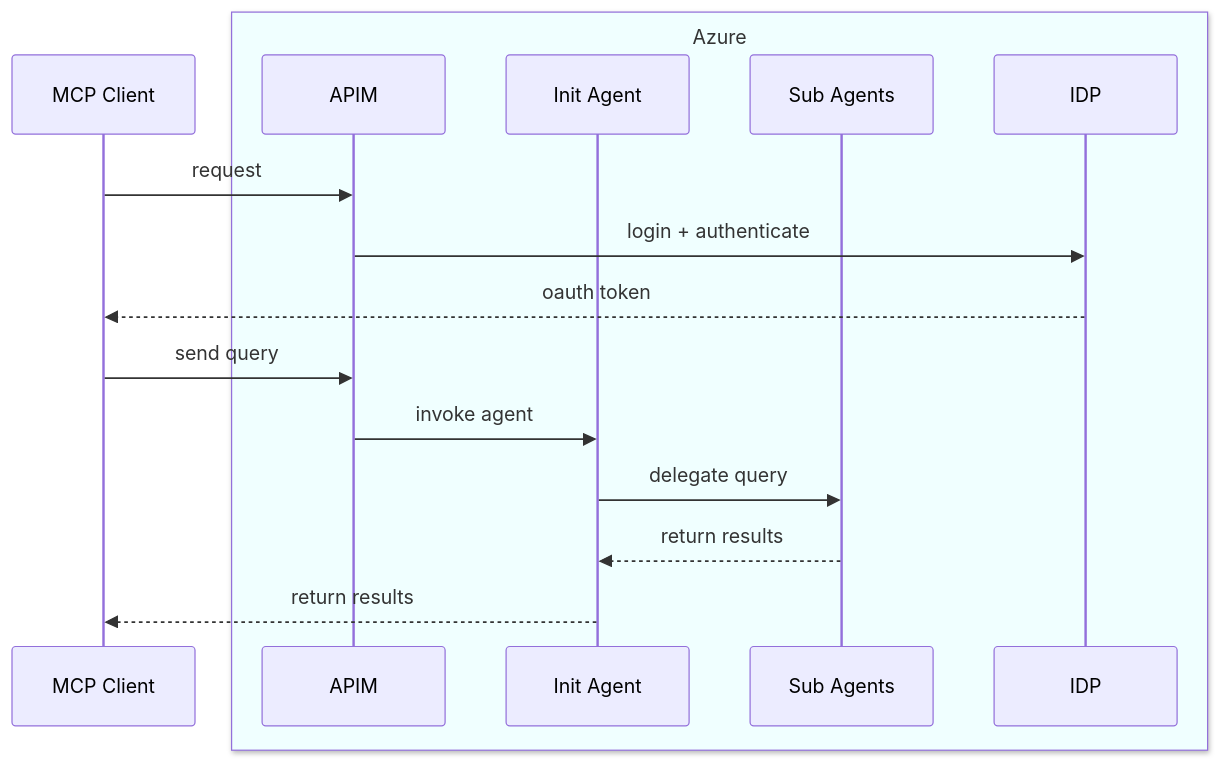
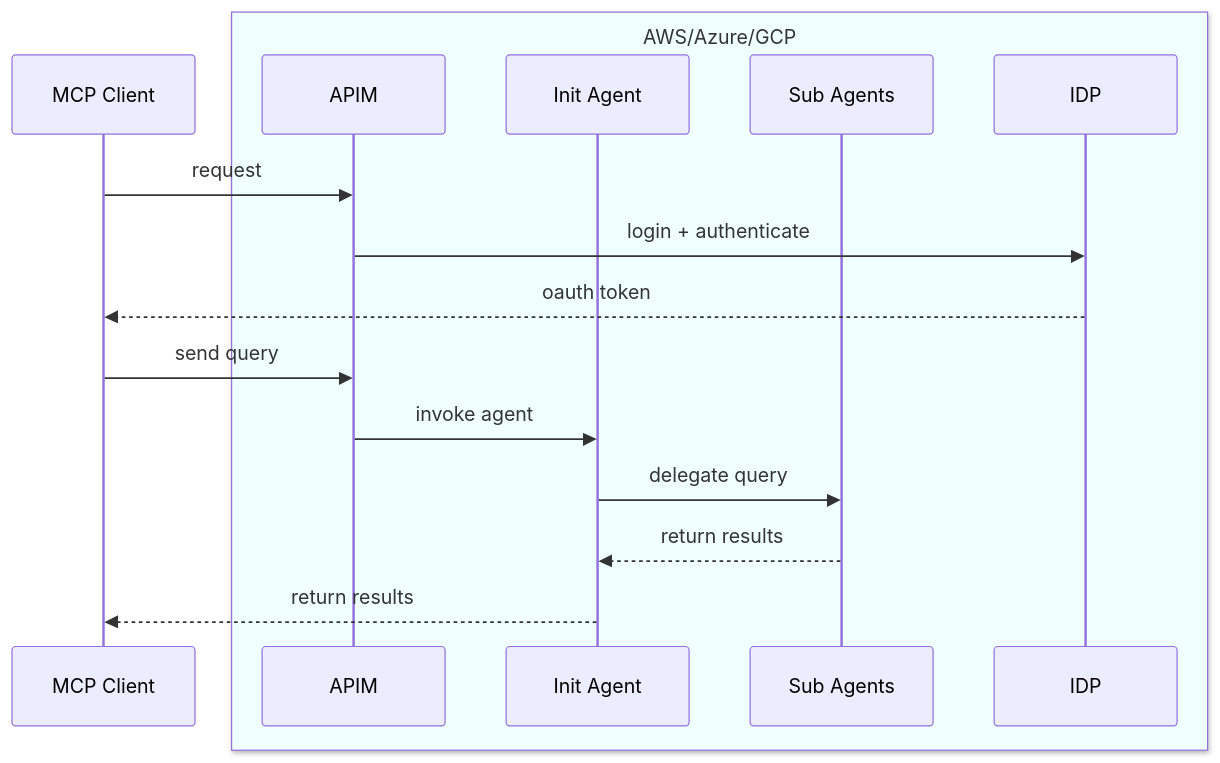
Before and after one commit to sohamda/fantasy-football: the second of 2 diagrams in README.md, drawn with Mermaid. The commit also changed 24 other files, not shown here.

````diff
--- a/README.md
+++ b/README.md
@@ -37,21 +37,21 @@
 ```mermaid
 
 sequenceDiagram
     participant MCP_Client as MCP Client
-    box Azure Azure
+    box Azure AWS/Azure/GCP
         participant APIM
         participant Init-Agent as Init Agent
         participant Sub_Agents as Sub Agents
         participant IDP
     end
 
     MCP_Client->>APIM: request
     APIM->>IDP: login + authenticate
     IDP-->>MCP_Client: oauth token
     MCP_Client->>APIM: send query
     APIM->>Init-Agent: invoke agent
     Init-Agent->>Sub_Agents: delegate query
     Sub_Agents-->>Init-Agent: return results
     Init-Agent-->>MCP_Client: return results 
 
 ```
````
